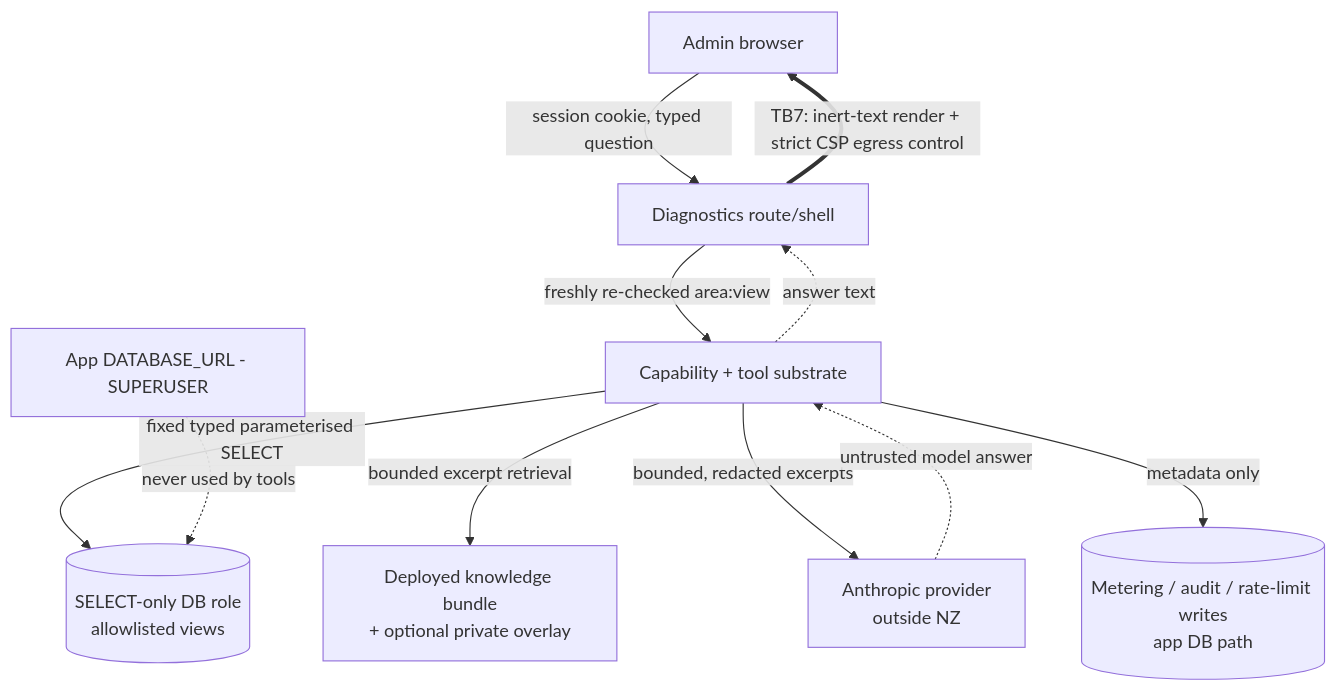
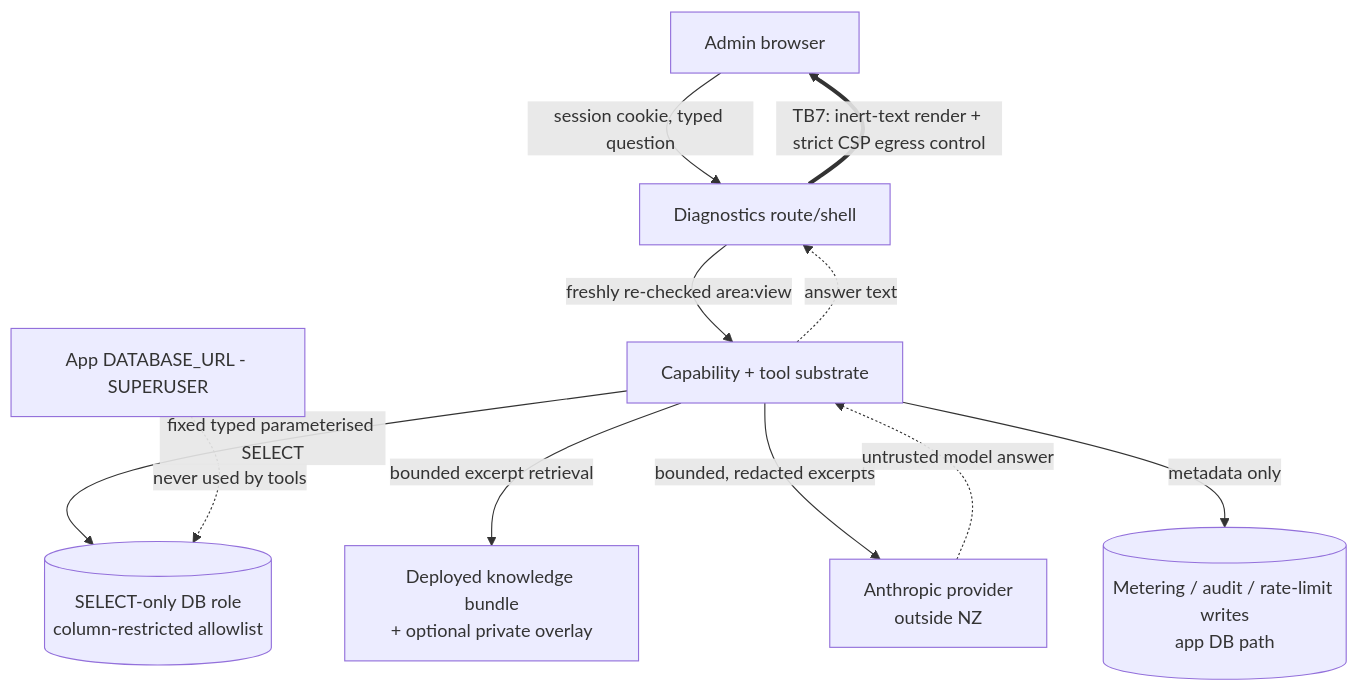
The diagram in docs/ai-diagnostics/threat-model.md (hoppers99/AlpineClubBookingsNZ), drawn with Mermaid before and after one commit. The commit also changed other lines of this file and 9 other files, not shown here.

````diff
--- a/docs/ai-diagnostics/threat-model.md
+++ b/docs/ai-diagnostics/threat-model.md
@@ -57,13 +57,13 @@
 ```mermaid
 flowchart TD
   A[Admin browser] -->|session cookie, typed question| B[Diagnostics route/shell]
   B -->|freshly re-checked area:view| C[Capability + tool substrate]
-  C -->|fixed typed parameterised SELECT| D[(SELECT-only DB role<br/>allowlisted views)]
+  C -->|fixed typed parameterised SELECT| D[(SELECT-only DB role<br/>column-restricted allowlist)]
   C -->|bounded excerpt retrieval| E[Deployed knowledge bundle<br/>+ optional private overlay]
   C -->|bounded, redacted excerpts| F[Anthropic provider<br/>outside NZ]
   C -->|metadata only| G[(Metering / audit / rate-limit writes<br/>app DB path)]
   H[App DATABASE_URL - SUPERUSER] -. never used by tools .-> D
   F -.->|untrusted model answer| C
   C -.->|answer text| B
   B ==>|TB7: inert-text render + strict CSP egress control| A
 ```
````
